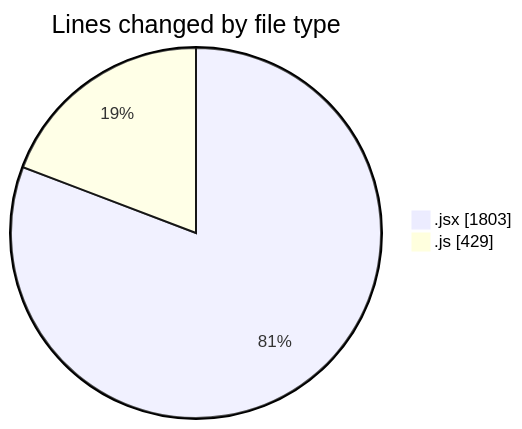
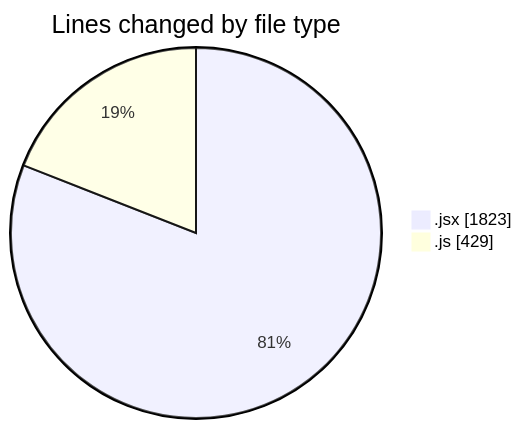
The first of 2 diagrams in 2025-06-03/nxtqube_webapp/README.md (nxtqubesakshisongat/code-tracking), drawn with Mermaid before and after one commit. The commit also changed other lines of this file and 1 other file, not shown here.

````diff
--- a/2025-06-03/nxtqube_webapp/README.md
+++ b/2025-06-03/nxtqube_webapp/README.md
@@ -21,6 +21,6 @@
 ```mermaid
 pie showData
 title Lines changed by file type
-".jsx" : 1803
+".jsx" : 1823
 ".js" : 429
 ```
````
